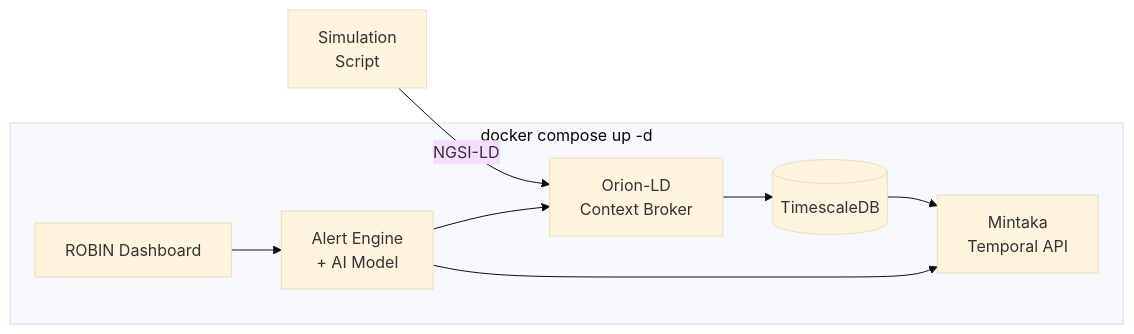
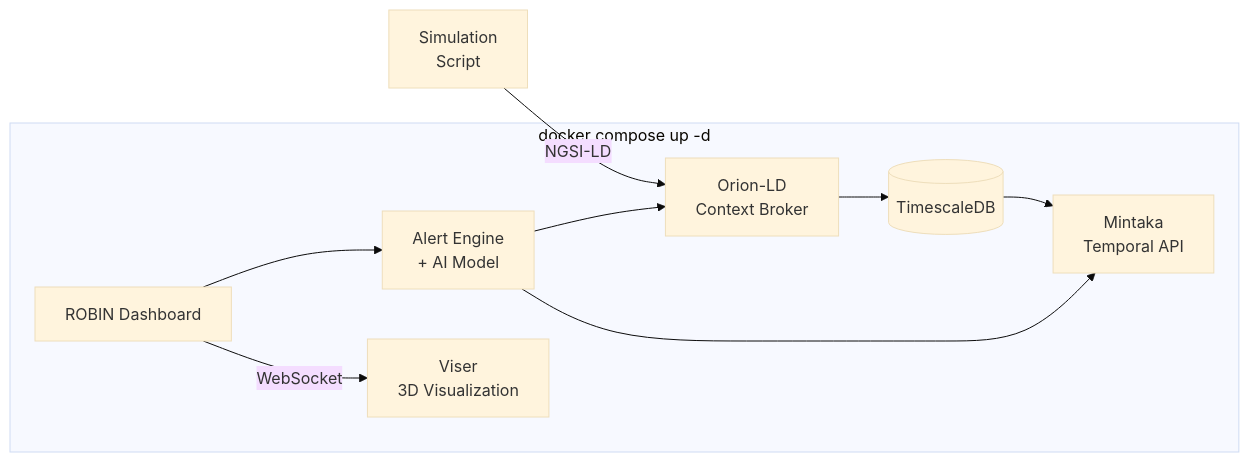
The diagram in docs/quickstart.rst (3D-Components/open-robin), drawn with Mermaid (base theme) before and after one commit. The commit also changed other lines of this file and 10 other files, not shown here.

```diff
--- a/docs/quickstart.rst
+++ b/docs/quickstart.rst
@@ -17,16 +19,18 @@
 .. mermaid::
 
    graph LR
        subgraph stack ["docker compose up -d"]
            ORION["Orion-LD<br/>Context Broker"]
            TSDB[("TimescaleDB")]
            MINTAKA["Mintaka<br/>Temporal API"]
            ALERT["Alert Engine<br/>+ AI Model"]
+           VISER["Viser<br/>3D Visualization"]
            DASH["ROBIN Dashboard"]
        end
        SIM["Simulation<br/>Script"] -->|NGSI-LD| ORION
        ORION --> TSDB
        TSDB --> MINTAKA
        ALERT --> ORION
        ALERT --> MINTAKA
        DASH --> ALERT
+       DASH -->|WebSocket| VISER
```
